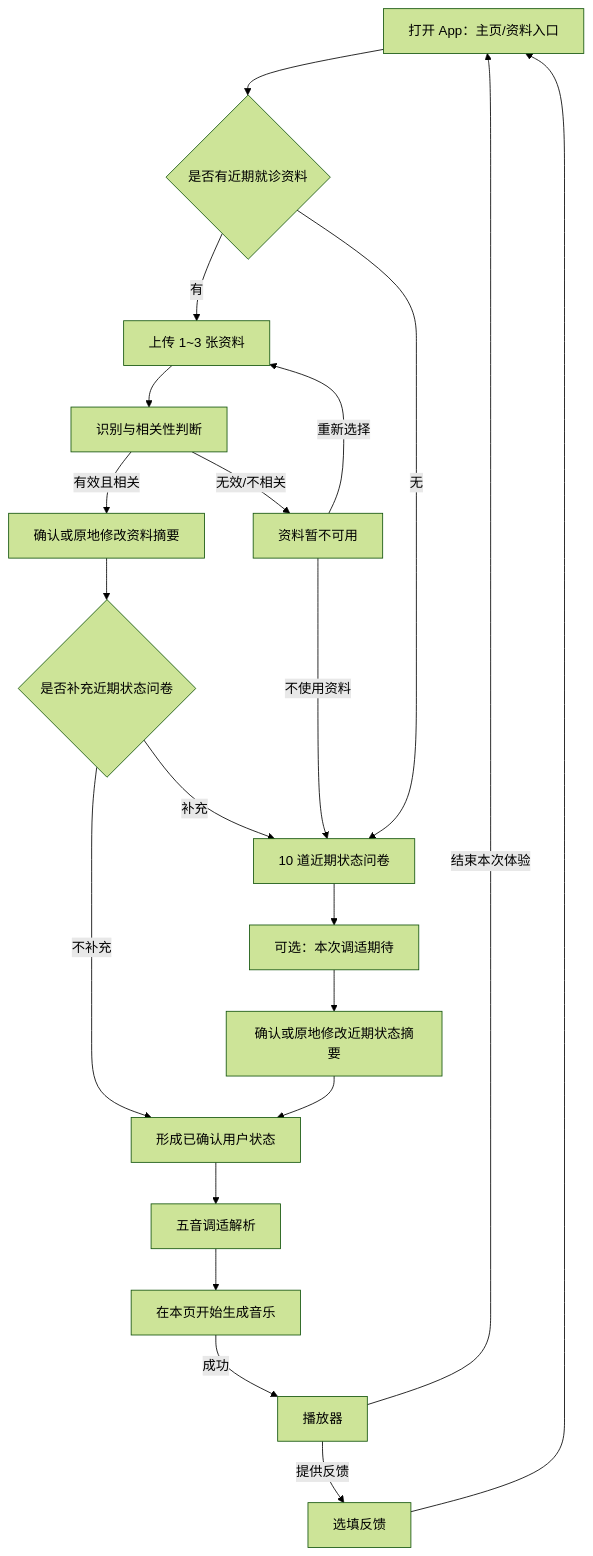
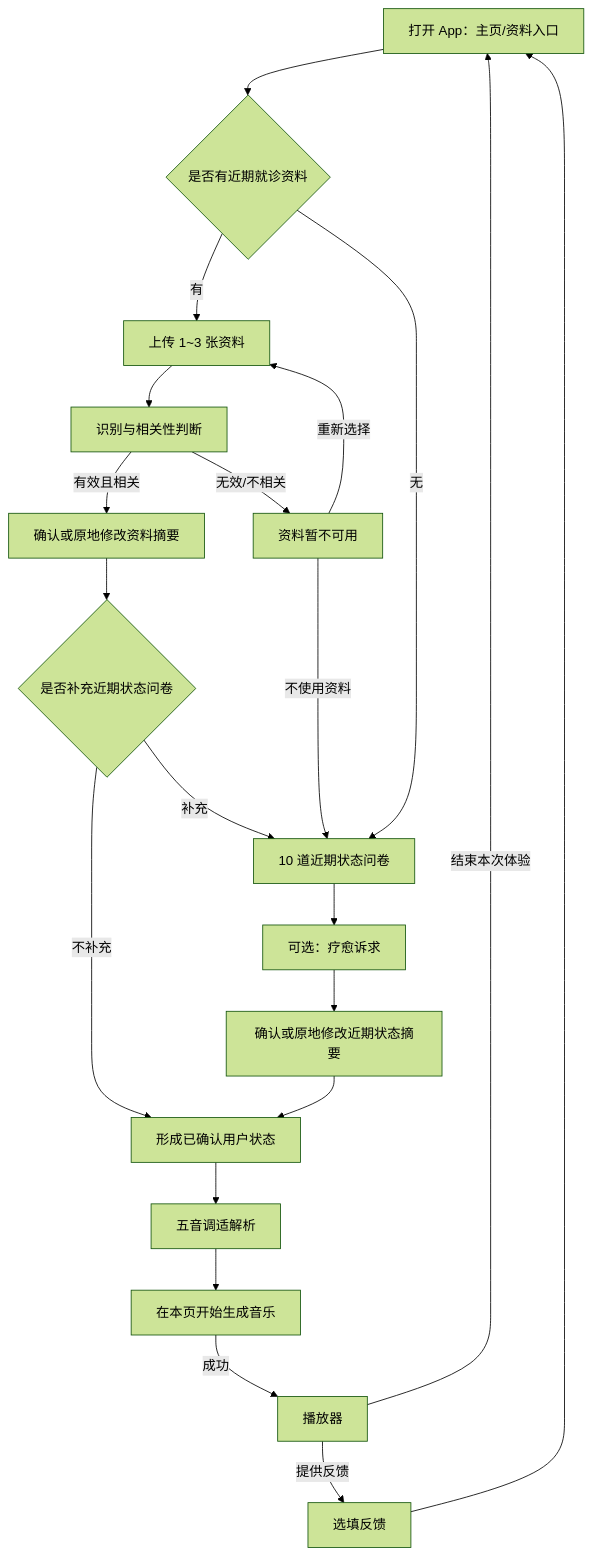
One commit to chenjz111/HarmonyAI changed the first of 3 diagrams in docs/product/app-v3.1-provisional-owner-flow.md. Above: the diagram before and after it, drawn with Mermaid (forest theme). The commit also changed other lines of this file and 2 other files, not shown here.

````diff
--- a/docs/product/app-v3.1-provisional-owner-flow.md
+++ b/docs/product/app-v3.1-provisional-owner-flow.md
@@ -12,23 +12,23 @@
 ```mermaid
 flowchart TD
     A[打开 App：主页/资料入口] --> B{是否有近期就诊资料}
     B -->|有| C[上传 1~3 张资料]
     C --> D[识别与相关性判断]
     D -->|有效且相关| E[确认或原地修改资料摘要]
     D -->|无效/不相关| F[资料暂不可用]
     F -->|重新选择| C
     F -->|不使用资料| H[10 道近期状态问卷]
     E --> G{是否补充近期状态问卷}
     G -->|不补充| J[形成已确认用户状态]
     G -->|补充| H
     B -->|无| H
-    H --> I[可选：本次调适期待]
+    H --> I[可选：疗愈诉求]
     I --> K[确认或原地修改近期状态摘要]
     K --> J
     J --> L[五音调适解析]
     L --> M[在本页开始生成音乐]
     M -->|成功| N[播放器]
     N -->|结束本次体验| A
     N -->|提供反馈| O[选填反馈]
     O --> A
 ```
````
